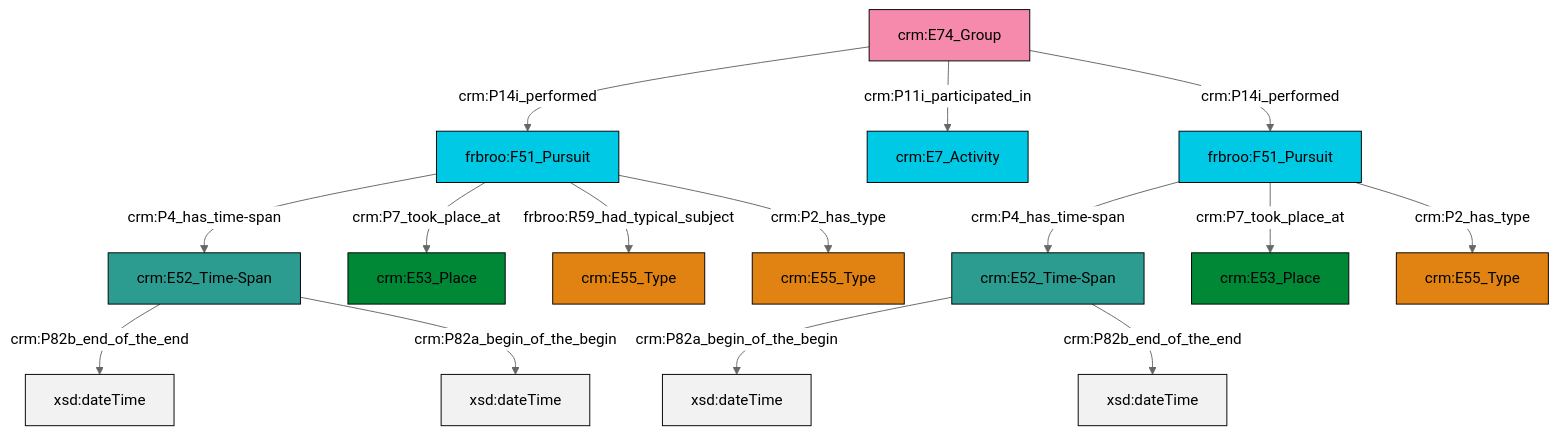
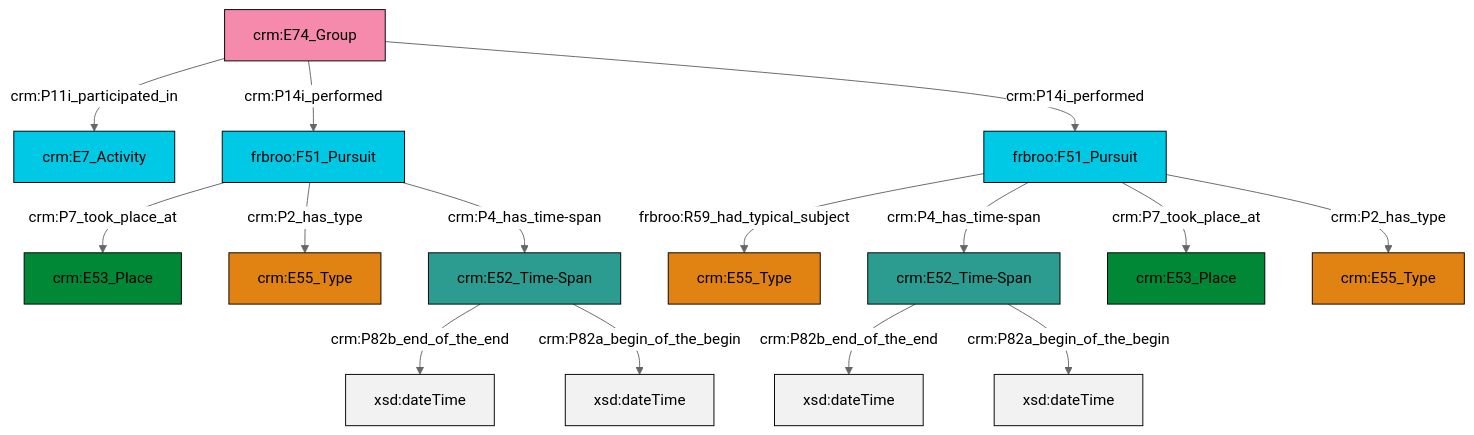
One commit to swiss-art-research-net/reference-data-models changed the diagram in et/groupCSV/ttl/mmd/group_events.ttl.mmd. Above: the diagram before and after it, drawn with Mermaid (neutral theme). The commit also changed 129 other files, not shown here.

```diff
--- a/et/groupCSV/ttl/mmd/group_events.ttl.mmd
+++ b/et/groupCSV/ttl/mmd/group_events.ttl.mmd
@@ -1,29 +1,29 @@
 graph TD
 classDef Literal fill:#f2f2f2,stroke:#000000;
 classDef CRM_Entity fill:#FFFFFF,stroke:#000000;
 classDef Temporal_Entity fill:#00C9E6, stroke:#000000;
 classDef Type fill:#E18312, stroke:#000000;
 classDef Time-Span fill:#2C9C91, stroke:#000000;
 classDef Appellation fill:#FFEB7F, stroke:#000000;
 classDef Place fill:#008836, stroke:#000000;
 classDef Persistent_Item fill:#B266B2, stroke:#000000;
 classDef Conceptual_Object fill:#FFD700, stroke:#000000;
 classDef Physical_Thing fill:#D2B48C, stroke:#000000;
 classDef Actor fill:#f58aad, stroke:#000000;
 classDef PC_Classes fill:#4ce600, stroke:#000000;
 classDef Multi fill:#cccccc,stroke:#000000;
 
-0["frbroo:F51_Pursuit"]:::Temporal_Entity -->|crm:P4_has_time-span| 1["crm:E52_Time-Span"]:::Time-Span
-4["frbroo:F51_Pursuit"]:::Temporal_Entity -->|crm:P4_has_time-span| 5["crm:E52_Time-Span"]:::Time-Span
-5["crm:E52_Time-Span"]:::Time-Span -->|crm:P82b_end_of_the_end| 6[xsd:dateTime]:::Literal
-4["frbroo:F51_Pursuit"]:::Temporal_Entity -->|crm:P7_took_place_at| 2["crm:E53_Place"]:::Place
-11["crm:E74_Group"]:::Actor -->|crm:P14i_performed| 4["frbroo:F51_Pursuit"]:::Temporal_Entity
-1["crm:E52_Time-Span"]:::Time-Span -->|crm:P82a_begin_of_the_begin| 12[xsd:dateTime]:::Literal
-5["crm:E52_Time-Span"]:::Time-Span -->|crm:P82a_begin_of_the_begin| 13[xsd:dateTime]:::Literal
-1["crm:E52_Time-Span"]:::Time-Span -->|crm:P82b_end_of_the_end| 19[xsd:dateTime]:::Literal
-11["crm:E74_Group"]:::Actor -->|crm:P11i_participated_in| 20["crm:E7_Activity"]:::Temporal_Entity
-11["crm:E74_Group"]:::Actor -->|crm:P14i_performed| 0["frbroo:F51_Pursuit"]:::Temporal_Entity
-0["frbroo:F51_Pursuit"]:::Temporal_Entity -->|crm:P7_took_place_at| 7["crm:E53_Place"]:::Place
-4["frbroo:F51_Pursuit"]:::Temporal_Entity -->|frbroo:R59_had_typical_subject| 14["crm:E55_Type"]:::Type
-0["frbroo:F51_Pursuit"]:::Temporal_Entity -->|crm:P2_has_type| 17["crm:E55_Type"]:::Type
-4["frbroo:F51_Pursuit"]:::Temporal_Entity -->|crm:P2_has_type| 24["crm:E55_Type"]:::Type
+0["frbroo:F51_Pursuit"]:::Temporal_Entity -->|crm:P7_took_place_at| 1["crm:E53_Place"]:::Place
+6["crm:E52_Time-Span"]:::Time-Span -->|crm:P82b_end_of_the_end| 7[xsd:dateTime]:::Literal
+2["crm:E74_Group"]:::Actor -->|crm:P11i_participated_in| 8["crm:E7_Activity"]:::Temporal_Entity
+0["frbroo:F51_Pursuit"]:::Temporal_Entity -->|crm:P2_has_type| 10["crm:E55_Type"]:::Type
+2["crm:E74_Group"]:::Actor -->|crm:P14i_performed| 0["frbroo:F51_Pursuit"]:::Temporal_Entity
+6["crm:E52_Time-Span"]:::Time-Span -->|crm:P82a_begin_of_the_begin| 12[xsd:dateTime]:::Literal
+2["crm:E74_Group"]:::Actor -->|crm:P14i_performed| 14["frbroo:F51_Pursuit"]:::Temporal_Entity
+14["frbroo:F51_Pursuit"]:::Temporal_Entity -->|frbroo:R59_had_typical_subject| 15["crm:E55_Type"]:::Type
+4["crm:E52_Time-Span"]:::Time-Span -->|crm:P82b_end_of_the_end| 17[xsd:dateTime]:::Literal
+14["frbroo:F51_Pursuit"]:::Temporal_Entity -->|crm:P4_has_time-span| 6["crm:E52_Time-Span"]:::Time-Span
+14["frbroo:F51_Pursuit"]:::Temporal_Entity -->|crm:P7_took_place_at| 22["crm:E53_Place"]:::Place
+14["frbroo:F51_Pursuit"]:::Temporal_Entity -->|crm:P2_has_type| 18["crm:E55_Type"]:::Type
+4["crm:E52_Time-Span"]:::Time-Span -->|crm:P82a_begin_of_the_begin| 25[xsd:dateTime]:::Literal
+0["frbroo:F51_Pursuit"]:::Temporal_Entity -->|crm:P4_has_time-span| 4["crm:E52_Time-Span"]:::Time-Span
```
